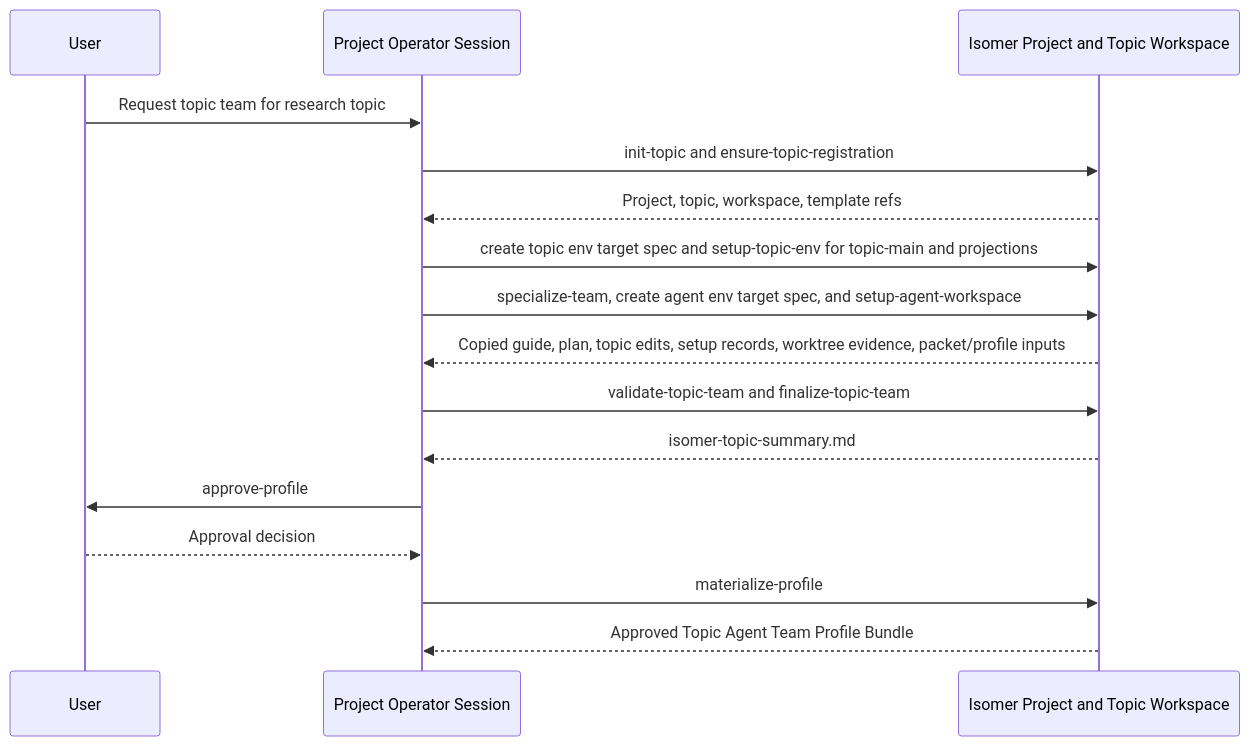
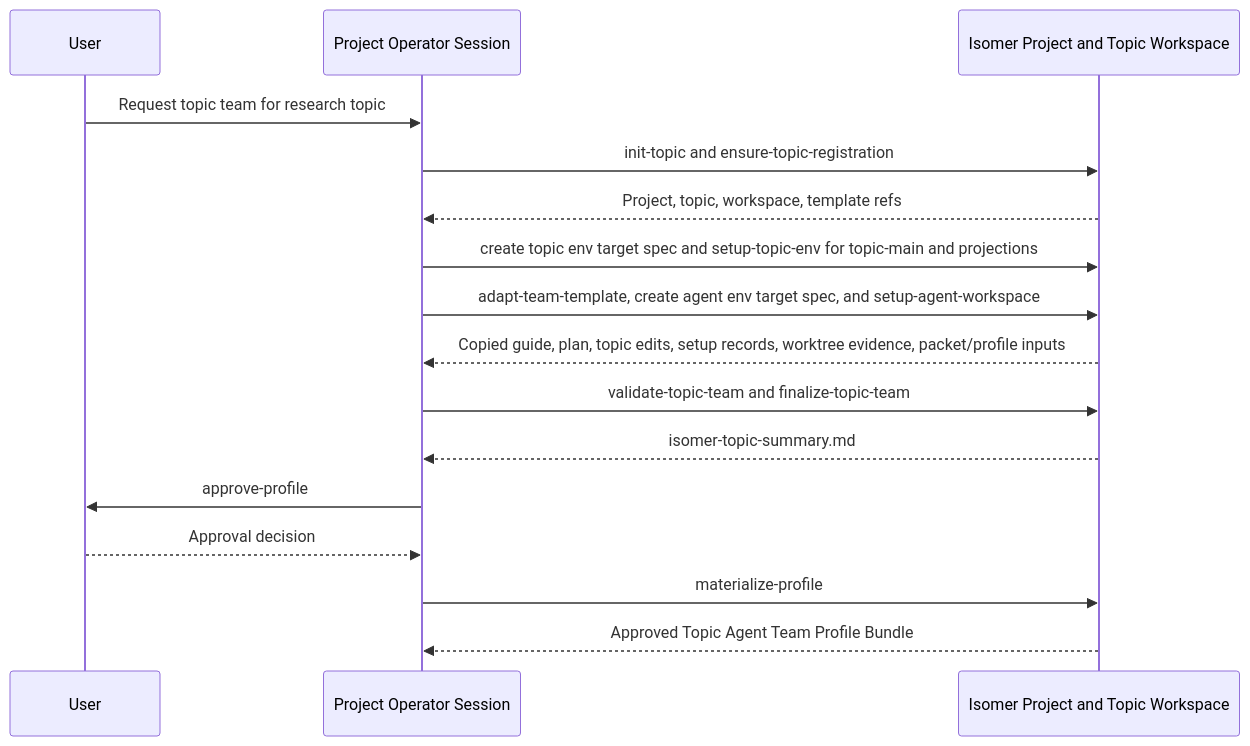
One commit to CodeGandee/isomer-labs changed the first of 2 diagrams in skillset/operator/README.md. Above: the diagram before and after it, drawn with Mermaid. The commit also changed other lines of this file and 19 other files, not shown here.

````diff
--- a/skillset/operator/README.md
+++ b/skillset/operator/README.md
@@ -41,19 +41,19 @@
 ```mermaid
 sequenceDiagram
     participant User
     participant Operator as Project Operator Session
     participant Store as Isomer Project and Topic Workspace
 
     User->>Operator: Request topic team for research topic
     Operator->>Store: init-topic and ensure-topic-registration
     Store-->>Operator: Project, topic, workspace, template refs
     Operator->>Store: create topic env target spec and setup-topic-env for topic-main and projections
-    Operator->>Store: specialize-team, create agent env target spec, and setup-agent-workspace
+    Operator->>Store: adapt-team-template, create agent env target spec, and setup-agent-workspace
     Store-->>Operator: Copied guide, plan, topic edits, setup records, worktree evidence, packet/profile inputs
     Operator->>Store: validate-topic-team and finalize-topic-team
     Store-->>Operator: isomer-topic-summary.md
     Operator->>User: approve-profile
     User-->>Operator: Approval decision
     Operator->>Store: materialize-profile
     Store-->>Operator: Approved Topic Agent Team Profile Bundle
 ```
````
